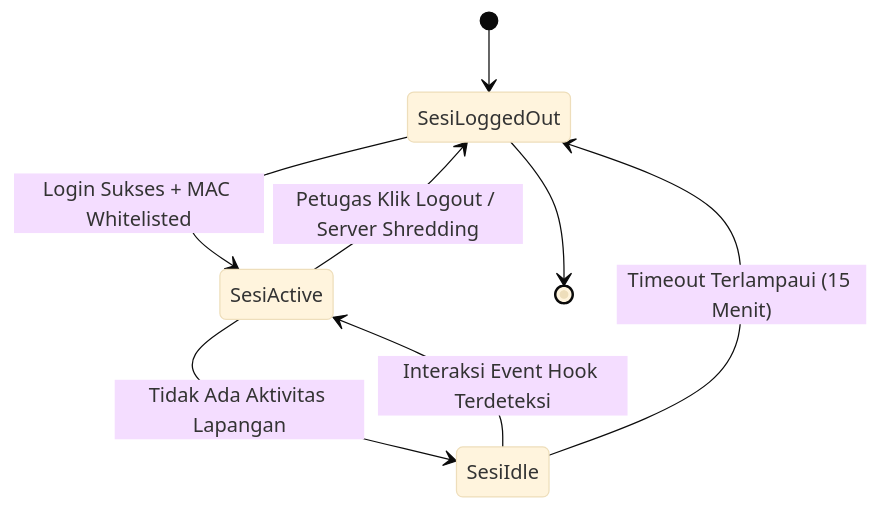
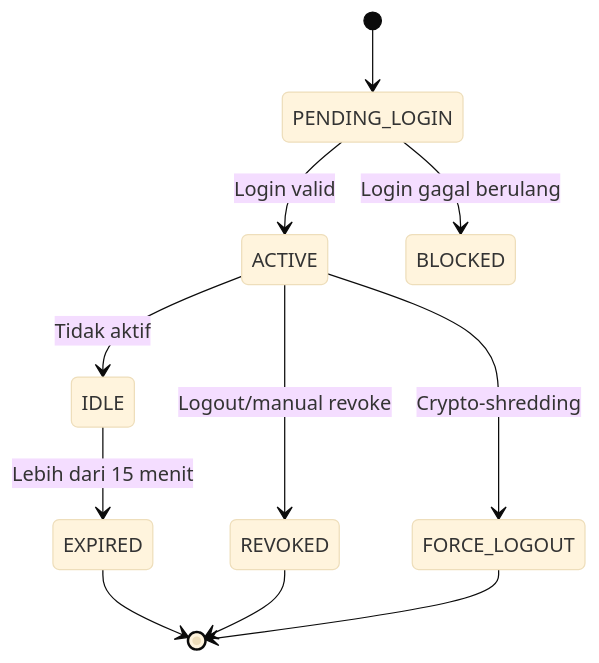
One commit to Mubax5/FITComp changed diagram 19 of 20 in README.md. Above: the diagram before and after it, drawn with Mermaid (base theme). The commit also changed other lines of this file, not shown here.

````diff
--- a/README.md
+++ b/README.md
@@ -1056,11 +908,13 @@
 ```mermaid
 stateDiagram-v2
-    [*] --> SesiLoggedOut
-    SesiLoggedOut --> SesiActive : Login Sukses + MAC Whitelisted
-    SesiActive --> SesiIdle : Tidak Ada Aktivitas Lapangan
-    SesiIdle --> SesiActive : Interaksi Event Hook Terdeteksi
-    SesiIdle --> SesiLoggedOut : Timeout Terlampaui (15 Menit)
-    SesiActive --> SesiLoggedOut : Petugas Klik Logout / Server Shredding
-    SesiLoggedOut --> [*]
-
+    [*] --> PENDING_LOGIN
+    PENDING_LOGIN --> ACTIVE: Login valid
+    PENDING_LOGIN --> BLOCKED: Login gagal berulang
+    ACTIVE --> IDLE: Tidak aktif
+    IDLE --> EXPIRED: Lebih dari 15 menit
+    ACTIVE --> REVOKED: Logout/manual revoke
+    ACTIVE --> FORCE_LOGOUT: Crypto-shredding
+    EXPIRED --> [*]
+    REVOKED --> [*]
+    FORCE_LOGOUT --> [*]
 ```
````
